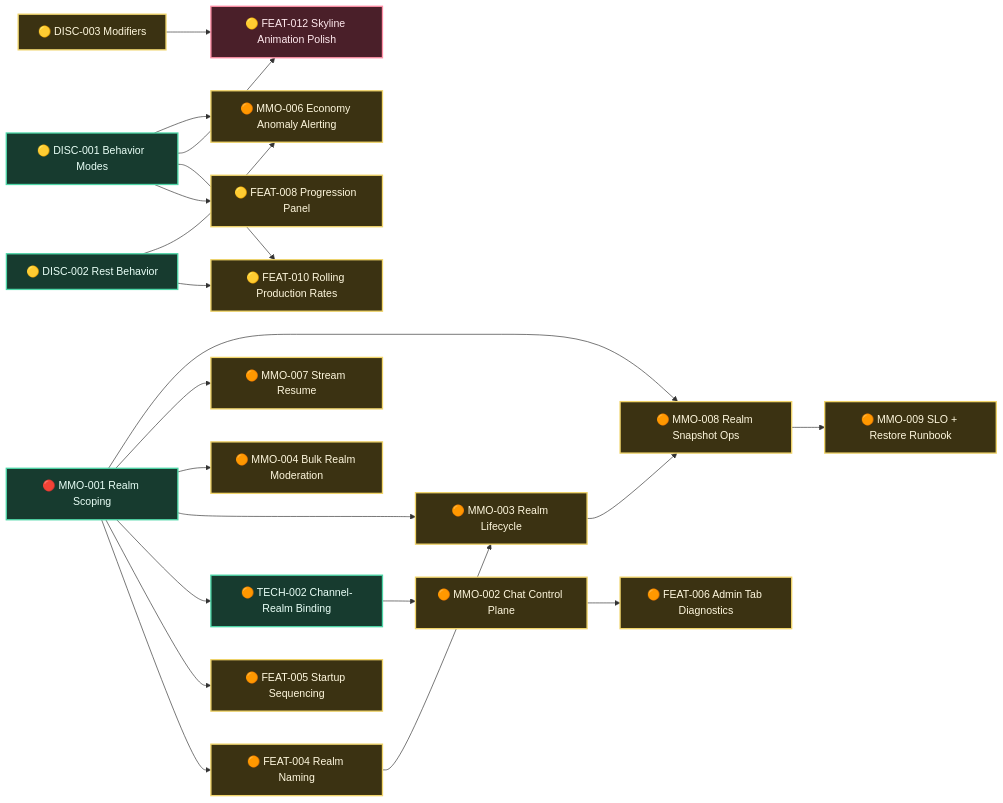
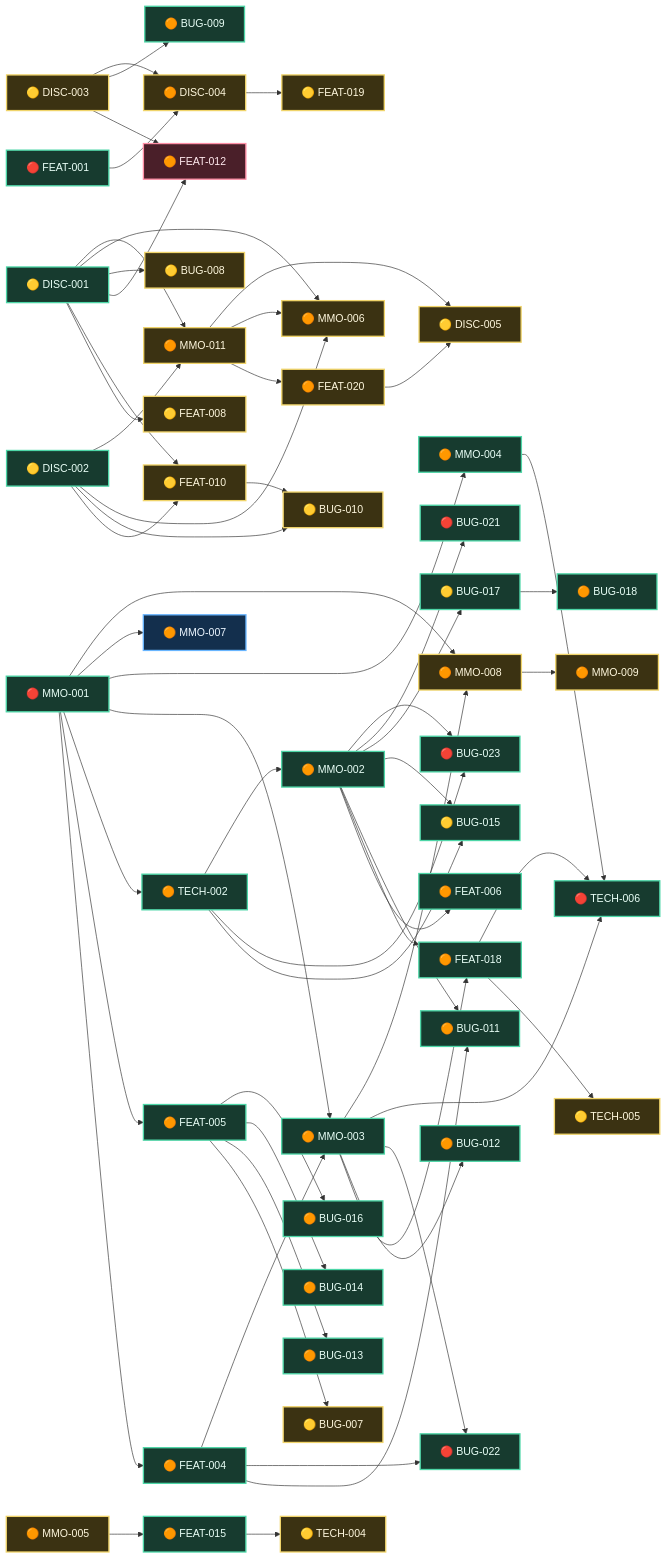
The first of 2 diagrams in docs/feature-tracker.md (asciifaceman/lived), drawn with Mermaid before and after one commit. The commit also changed other lines of this file and 39 other files, not shown here.

````diff
--- a/docs/feature-tracker.md
+++ b/docs/feature-tracker.md
@@ -119,60 +138,156 @@
 ```mermaid
 flowchart LR
-	MMO001[🔴 MMO-001 Realm Scoping]
-	DISC001[🟡 DISC-001 Behavior Modes]
-	DISC002[🟡 DISC-002 Rest Behavior]
-	DISC003[🟡 DISC-003 Modifiers]
-	TECH002[🟠 TECH-002 Channel-Realm Binding]
-
-	FEAT004[🟠 FEAT-004 Realm Naming]
-	FEAT005[🟠 FEAT-005 Startup Sequencing]
-	FEAT008[🟡 FEAT-008 Progression Panel]
-	FEAT010[🟡 FEAT-010 Rolling Production Rates]
-	FEAT012[🟡 FEAT-012 Skyline Animation Polish]
-	FEAT006[🟠 FEAT-006 Admin Tab Diagnostics]
-
-	MMO002[🟠 MMO-002 Chat Control Plane]
-	MMO003[🟠 MMO-003 Realm Lifecycle]
-	MMO004[🟠 MMO-004 Bulk Realm Moderation]
-	MMO006[🟠 MMO-006 Economy Anomaly Alerting]
-	MMO007[🟠 MMO-007 Stream Resume]
-	MMO008[🟠 MMO-008 Realm Snapshot Ops]
-	MMO009[🟠 MMO-009 SLO + Restore Runbook]
-
-	MMO001 --> FEAT004
-	MMO001 --> FEAT005
-	MMO001 --> TECH002
-	MMO001 --> MMO003
-	MMO001 --> MMO004
-	MMO001 --> MMO007
-	MMO001 --> MMO008
-
-	TECH002 --> MMO002
-	MMO002 --> FEAT006
-
-	DISC001 --> FEAT008
-	DISC001 --> FEAT010
-	DISC001 --> FEAT012
-	DISC001 --> MMO006
-
-	DISC002 --> FEAT010
-	DISC002 --> MMO006
-
-	DISC003 --> FEAT012
-
-	FEAT004 --> MMO003
-	MMO003 --> MMO008
-	MMO008 --> MMO009
+	BUG_007["🟡 BUG-007"]
+	BUG_008["🟡 BUG-008"]
+	BUG_009["🟠 BUG-009"]
+	BUG_010["🟡 BUG-010"]
+	BUG_011["🟠 BUG-011"]
+	BUG_012["🟠 BUG-012"]
+	BUG_013["🟠 BUG-013"]
+	BUG_014["🟠 BUG-014"]
+	BUG_015["🟡 BUG-015"]
+	BUG_016["🟠 BUG-016"]
+	BUG_017["🟡 BUG-017"]
+	BUG_018["🟠 BUG-018"]
+	BUG_021["🔴 BUG-021"]
+	BUG_022["🔴 BUG-022"]
+	BUG_023["🔴 BUG-023"]
+	DISC_001["🟡 DISC-001"]
+	DISC_002["🟡 DISC-002"]
+	DISC_003["🟡 DISC-003"]
+	DISC_004["🟠 DISC-004"]
+	DISC_005["🟡 DISC-005"]
+	FEAT_001["🔴 FEAT-001"]
+	FEAT_004["🟠 FEAT-004"]
+	FEAT_005["🟠 FEAT-005"]
+	FEAT_006["🟠 FEAT-006"]
+	FEAT_008["🟡 FEAT-008"]
+	FEAT_010["🟡 FEAT-010"]
+	FEAT_012["🟠 FEAT-012"]
+	FEAT_015["🟠 FEAT-015"]
+	FEAT_018["🟠 FEAT-018"]
+	FEAT_019["🟡 FEAT-019"]
+	FEAT_020["🟠 FEAT-020"]
+	MMO_001["🔴 MMO-001"]
+	MMO_002["🟠 MMO-002"]
+	MMO_003["🟠 MMO-003"]
+	MMO_004["🟠 MMO-004"]
+	MMO_005["🟠 MMO-005"]
+	MMO_006["🟠 MMO-006"]
+	MMO_007["🟠 MMO-007"]
+	MMO_008["🟠 MMO-008"]
+	MMO_009["🟠 MMO-009"]
+	MMO_011["🟠 MMO-011"]
+	TECH_002["🟠 TECH-002"]
+	TECH_004["🟡 TECH-004"]
+	TECH_005["🟡 TECH-005"]
+	TECH_006["🔴 TECH-006"]
+	MMO_001 --> FEAT_004
+	MMO_001 --> FEAT_005
+	MMO_002 --> FEAT_006
+	DISC_001 --> FEAT_008
+	DISC_001 --> FEAT_010
+	DISC_002 --> FEAT_010
+	DISC_001 --> FEAT_012
+	DISC_003 --> FEAT_012
+	MMO_005 --> FEAT_015
+	MMO_002 --> FEAT_018
+	MMO_003 --> FEAT_018
+	DISC_004 --> FEAT_019
+	MMO_011 --> FEAT_020
+	FEAT_005 --> BUG_007
+	DISC_001 --> BUG_008
+	DISC_003 --> BUG_009
+	DISC_002 --> BUG_010
+	FEAT_010 --> BUG_010
+	FEAT_004 --> BUG_011
+	MMO_002 --> BUG_011
+	MMO_003 --> BUG_012
+	FEAT_005 --> BUG_013
+	FEAT_005 --> BUG_014
+	TECH_002 --> BUG_015
+	MMO_002 --> BUG_015
+	FEAT_005 --> BUG_016
+	MMO_002 --> BUG_017
+	BUG_017 --> BUG_018
+	MMO_002 --> BUG_021
+	FEAT_004 --> BUG_022
+	MMO_003 --> BUG_022
+	TECH_002 --> BUG_023
+	MMO_002 --> BUG_023
+	FEAT_015 --> TECH_004
+	FEAT_018 --> TECH_005
+	FEAT_018 --> TECH_006
+	MMO_003 --> TECH_006
+	MMO_004 --> TECH_006
+	MMO_001 --> TECH_002
+	TECH_002 --> MMO_002
+	MMO_001 --> MMO_003
+	FEAT_004 --> MMO_003
+	MMO_001 --> MMO_004
+	DISC_001 --> MMO_006
+	DISC_002 --> MMO_006
+	MMO_011 --> MMO_006
+	MMO_001 --> MMO_007
+	MMO_001 --> MMO_008
+	MMO_003 --> MMO_008
+	MMO_008 --> MMO_009
+	DISC_001 --> MMO_011
+	DISC_002 --> MMO_011
+	DISC_003 --> DISC_004
+	FEAT_001 --> DISC_004
+	FEAT_020 --> DISC_005
+	MMO_011 --> DISC_005
 
 	classDef done fill:#173b2f,stroke:#4dd6a7,stroke-width:2px,color:#e9fff7;
 	classDef inProgress fill:#132f4d,stroke:#68b5ff,stroke-width:2px,color:#ecf6ff;
 	classDef todo fill:#3b3212,stroke:#f0d46a,stroke-width:2px,color:#fff8de;
 	classDef blocked fill:#4a1f29,stroke:#ff8fa6,stroke-width:2px,color:#ffe9ee;
 
-	class MMO001 done;
-	class FEAT012 blocked;
-	class TECH002 done;
-	class DISC001 done;
-	class DISC002 done;
-	class DISC003,FEAT004,FEAT005,FEAT008,FEAT010,FEAT006,MMO002,MMO003,MMO004,MMO006,MMO007,MMO008,MMO009 todo;
+	class BUG_007 todo;
+	class BUG_008 todo;
+	class BUG_009 done;
+	class BUG_010 todo;
+	class BUG_011 done;
+	class BUG_012 done;
+	class BUG_013 done;
+	class BUG_014 done;
+	class BUG_015 done;
+	class BUG_016 done;
+	class BUG_017 done;
+	class BUG_018 done;
+	class BUG_021 done;
+	class BUG_022 done;
+	class BUG_023 done;
+	class DISC_001 done;
+	class DISC_002 done;
+	class DISC_003 todo;
+	class DISC_004 todo;
+	class DISC_005 todo;
+	class FEAT_001 done;
+	class FEAT_004 done;
+	class FEAT_005 done;
+	class FEAT_006 done;
+	class FEAT_008 todo;
+	class FEAT_010 todo;
+	class FEAT_012 blocked;
+	class FEAT_015 done;
+	class FEAT_018 done;
+	class FEAT_019 todo;
+	class FEAT_020 todo;
+	class MMO_001 done;
+	class MMO_002 done;
+	class MMO_003 done;
+	class MMO_004 done;
+	class MMO_005 todo;
+	class MMO_006 todo;
+	class MMO_007 inProgress;
+	class MMO_008 todo;
+	class MMO_009 todo;
+	class MMO_011 todo;
+	class TECH_002 done;
+	class TECH_004 todo;
+	class TECH_005 todo;
+	class TECH_006 done;
+
 ```
````
